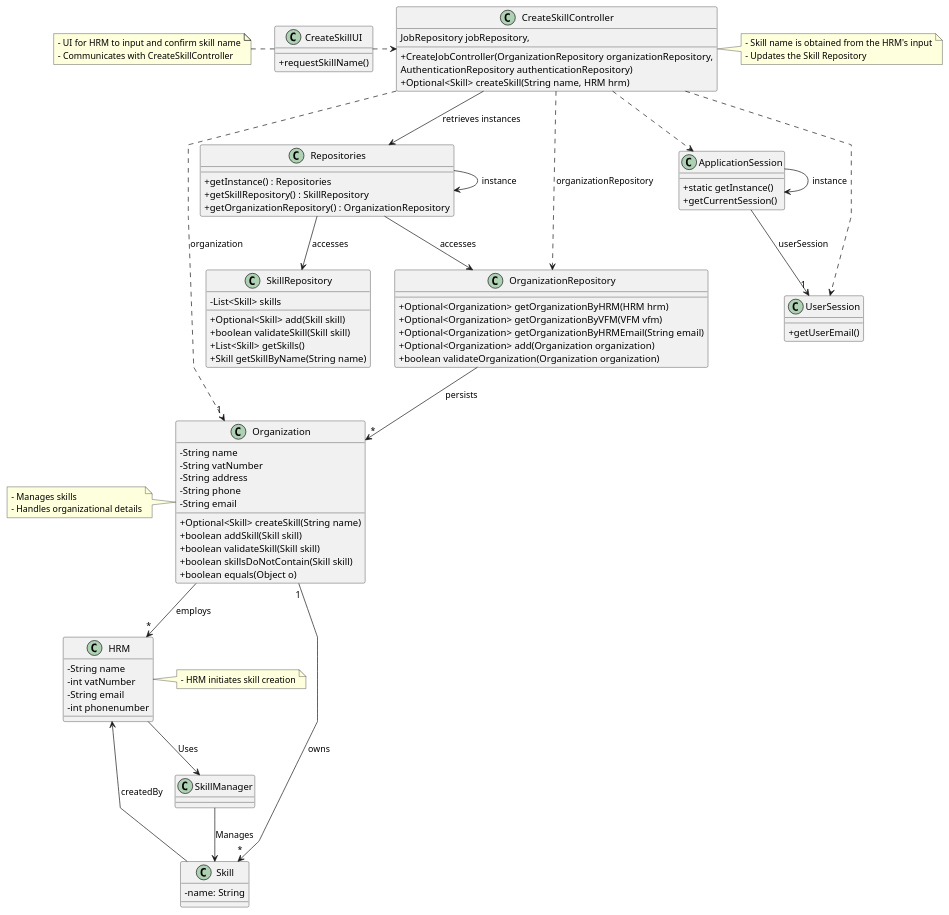
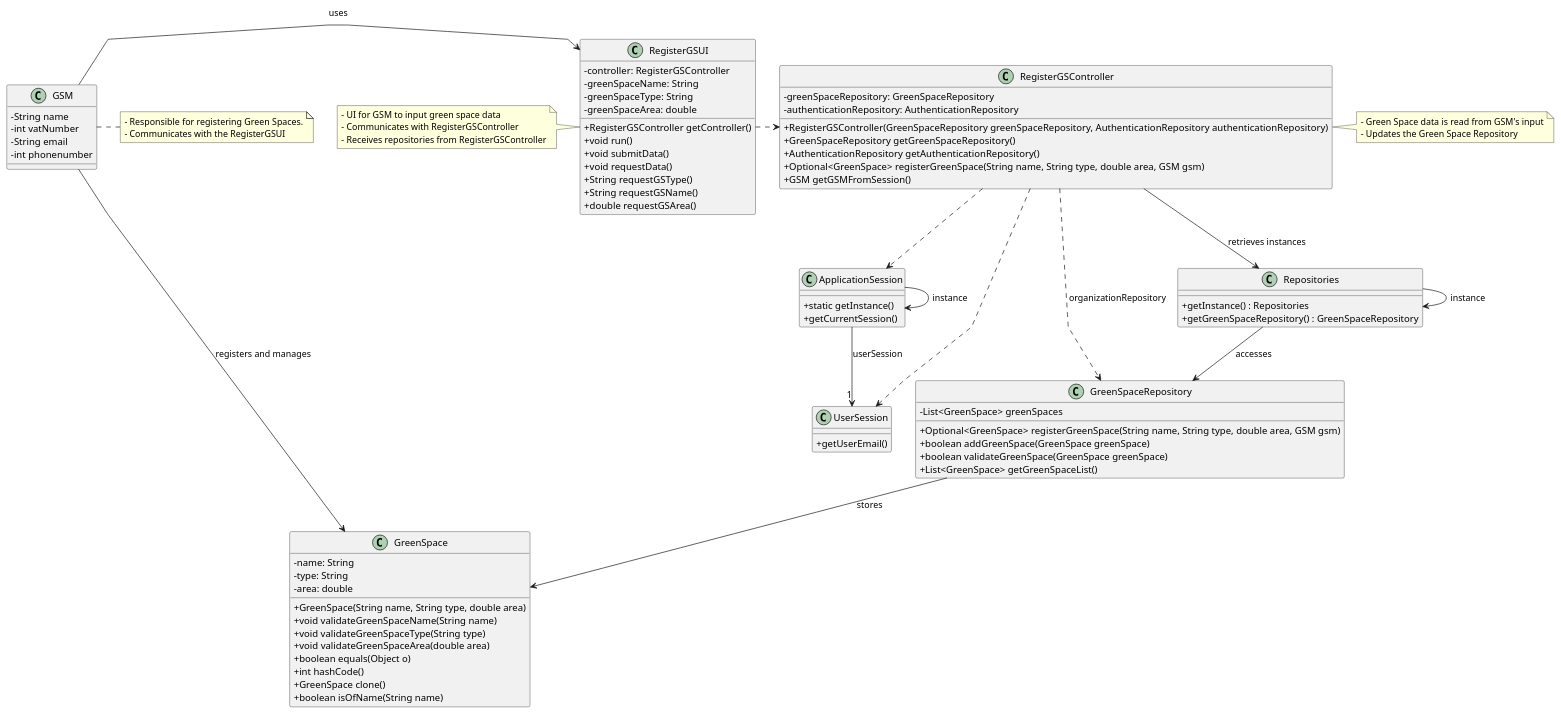
Before and after one commit to tiagosoa/lei-24-s2-1dgh-g073: the diagram in docs/sprint3/us020/03.design/puml/us001-class-diagram.puml, drawn with PlantUML. The commit also changed 18 other files, not shown here.

```diff
--- a/docs/sprint3/us020/03.design/puml/us001-class-diagram.puml
+++ b/docs/sprint3/us020/03.design/puml/us001-class-diagram.puml
@@ -1,125 +1,119 @@
 @startuml
 'skinparam monochrome true
 skinparam packageStyle rectangle
 skinparam shadowing false
 skinparam linetype polyline
 'skinparam linetype orto
 
 skinparam classAttributeIconSize 0
 
 'left to right direction
 
 class ApplicationSession
 {
     + static getInstance()
     + getCurrentSession()
 }
 
 class UserSession
 {
     + getUserEmail()
 }
 
-class Skill {
+class GreenSpace {
     - name: String
+    - type: String
+    - area: double
+    + GreenSpace(String name, String type, double area)
+    + void validateGreenSpaceName(String name)
+    + void validateGreenSpaceType(String type)
+    + void validateGreenSpaceArea(double area)
+    + boolean equals(Object o)
+    + int hashCode()
+    + GreenSpace clone()
+    + boolean isOfName(String name)
 }
 
-class SkillRepository {
-  - List<Skill> skills
-  + Optional<Skill> add(Skill skill)
-  + boolean validateSkill(Skill skill)
-  + List<Skill> getSkills()
-  + Skill getSkillByName(String name)
-}
-
-class Organization {
-  - String name
-  - String vatNumber
-  - String address
-  - String phone
-  - String email
-  + Optional<Skill> createSkill(String name)
-  + boolean addSkill(Skill skill)
-  + boolean validateSkill(Skill skill)
-  + boolean skillsDoNotContain(Skill skill)
-  + boolean equals(Object o)
-}
-
-class OrganizationRepository {
-  + Optional<Organization> getOrganizationByHRM(HRM hrm)
-  + Optional<Organization> getOrganizationByVFM(VFM vfm)
-  + Optional<Organization> getOrganizationByHRMEmail(String email)
-  + Optional<Organization> add(Organization organization)
-  + boolean validateOrganization(Organization organization)
+class GreenSpaceRepository {
+  - List<GreenSpace> greenSpaces
+  + Optional<GreenSpace> registerGreenSpace(String name, String type, double area, GSM gsm)
+  + boolean addGreenSpace(GreenSpace greenSpace)
+  + boolean validateGreenSpace(GreenSpace greenSpace)
+  + List<GreenSpace> getGreenSpaceList()
 }
 
 class Repositories {
   + getInstance() : Repositories
-  + getSkillRepository() : SkillRepository
-  + getOrganizationRepository() : OrganizationRepository
+  + getGreenSpaceRepository() : GreenSpaceRepository
 }
 
-class CreateSkillController {
-  + CreateJobController(OrganizationRepository organizationRepository,
-                                   JobRepository jobRepository,
-                                   AuthenticationRepository authenticationRepository)
-  + Optional<Skill> createSkill(String name, HRM hrm)
+class RegisterGSUI {
+  - controller: RegisterGSController
+  - greenSpaceName: String
+  - greenSpaceType: String
+  - greenSpaceArea: double
+  + RegisterGSController getController()
+  + void run()
+  + void submitData()
+  + void requestData()
+  + String requestGSType()
+  + String requestGSName()
+  + double requestGSArea()
 }
 
-class CreateSkillUI {
-  + requestSkillName()
+class RegisterGSController {
+  - greenSpaceRepository: GreenSpaceRepository
+  - authenticationRepository: AuthenticationRepository
+  + RegisterGSController(GreenSpaceRepository greenSpaceRepository, AuthenticationRepository authenticationRepository)
+  + GreenSpaceRepository getGreenSpaceRepository()
+  + AuthenticationRepository getAuthenticationRepository()
+  + Optional<GreenSpace> registerGreenSpace(String name, String type, double area, GSM gsm)
+  + GSM getGSMFromSession()
 }
 
-class HRM {
+class GSM {
    - String name
    - int vatNumber
    - String email
    - int phonenumber
 }
 
-SkillManager --> Skill: Manages
-HRM --> SkillManager: Uses
-
-note right of CreateSkillController
-  - Skill name is obtained from the HRM's input
-  - Updates the Skill Repository
+note right of RegisterGSController
+  - Green Space data is read from GSM's input
+  - Updates the Green Space Repository
 end note
 
-note right of HRM
-  - HRM initiates skill creation
+note right of GSM
+ - Responsible for registering Green Spaces.
+ - Communicates with the RegisterGSUI
 end note
 
-note left of CreateSkillUI
-  - UI for HRM to input and confirm skill name
-  - Communicates with CreateSkillController
+note left of RegisterGSUI
+  - UI for GSM to input green space data
+  - Communicates with RegisterGSController
+  - Receives repositories from RegisterGSController
 end note
 
-note left of Organization
-  - Manages skills
-  - Handles organizational details
-end note
+GSM --> GreenSpace: registers and manages
+GSM -> RegisterGSUI: uses
 
 Repositories -> Repositories : instance
 ApplicationSession -> ApplicationSession : instance
 
-CreateSkillUI .> CreateSkillController
+RegisterGSUI .> RegisterGSController
 
-CreateSkillController -down-> Repositories : retrieves instances
+RegisterGSController -down-> Repositories : retrieves instances
 
-Repositories -down-> SkillRepository : accesses
-Repositories -down-> OrganizationRepository : accesses
+Repositories -down-> GreenSpaceRepository : accesses
 
-CreateSkillController ..> OrganizationRepository : organizationRepository
+RegisterGSController ..> GreenSpaceRepository : organizationRepository
 
-OrganizationRepository --> "*" Organization : persists
 ApplicationSession --> "1" UserSession : userSession
 
-CreateSkillController ..> "1" Organization : organization
-CreateSkillController ..> ApplicationSession
-CreateSkillController ..> UserSession
-Organization "1" --> "*" Skill : owns
-Skill --> HRM : createdBy
+RegisterGSController ..> ApplicationSession
+RegisterGSController ..> UserSession
 
-Organization --> "*" HRM : employs
+GreenSpaceRepository --> GreenSpace: stores
+
 
 @enduml
```
